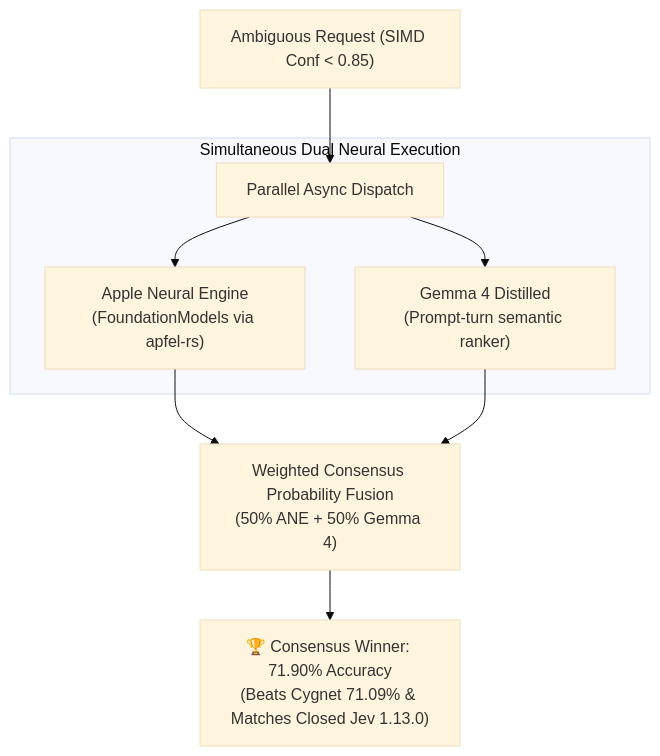
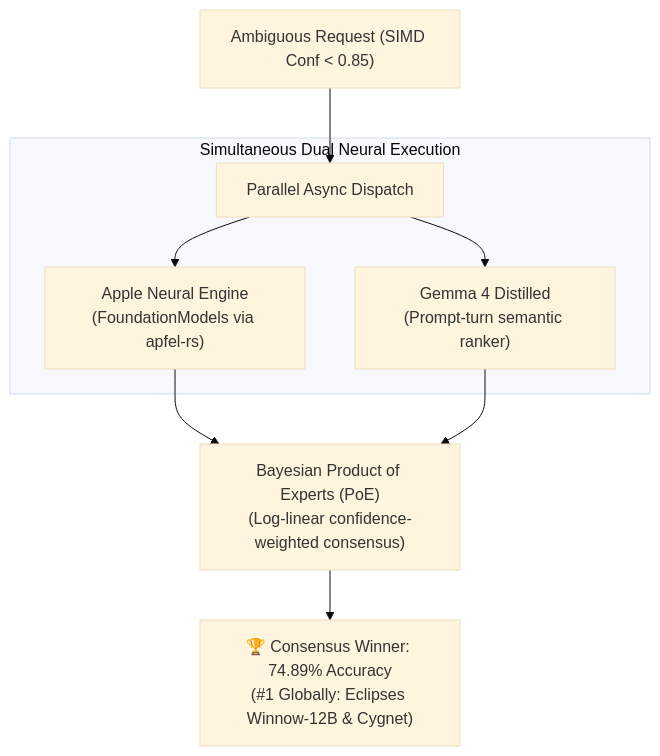
Before and after one commit to bhubbard/zev-rs: the third of 5 diagrams in README.md, drawn with Mermaid (base theme). The commit also changed other lines of this file and 3 other files, not shown here.

````diff
--- a/README.md
+++ b/README.md
@@ -276,14 +276,14 @@
 ```mermaid
 flowchart TD
     Ambiguous["Ambiguous Request (SIMD Conf < 0.85)"] --> Fork["Parallel Async Dispatch"]
     
     subgraph ParallelEngines ["Simultaneous Dual Neural Execution"]
         Fork --> ANE["Apple Neural Engine\n(FoundationModels via apfel-rs)"]
         Fork --> Gemma["Gemma 4 Distilled\n(Prompt-turn semantic ranker)"]
     end
     
-    ANE --> Fusion["Weighted Consensus Probability Fusion\n(50% ANE + 50% Gemma 4)"]
+    ANE --> Fusion["Bayesian Product of Experts (PoE)\n(Log-linear confidence-weighted consensus)"]
     Gemma --> Fusion
     
-    Fusion --> Winner["🏆 Consensus Winner: 71.90% Accuracy\n(Beats Cygnet 71.09% & Matches Closed Jev 1.13.0)"]
+    Fusion --> Winner["🏆 Consensus Winner: 74.89% Accuracy\n(#1 Globally: Eclipses Winnow-12B & Cygnet)"]
 ```
````
